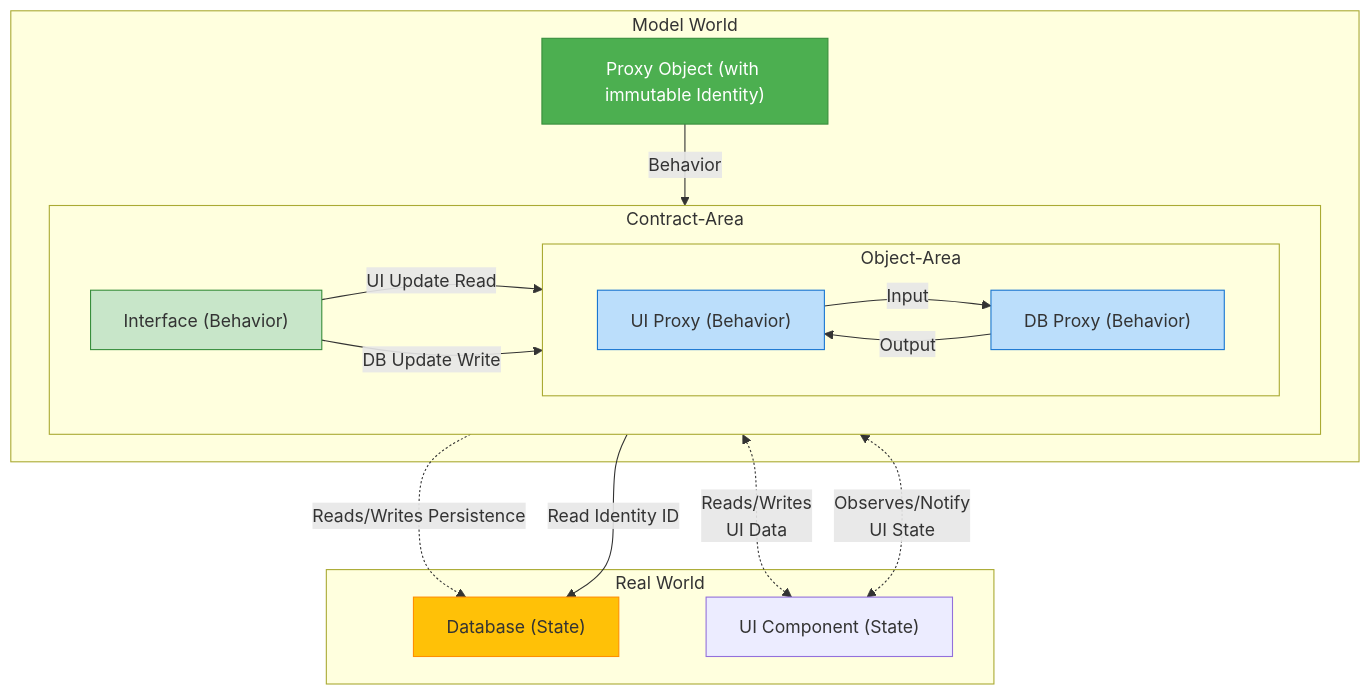
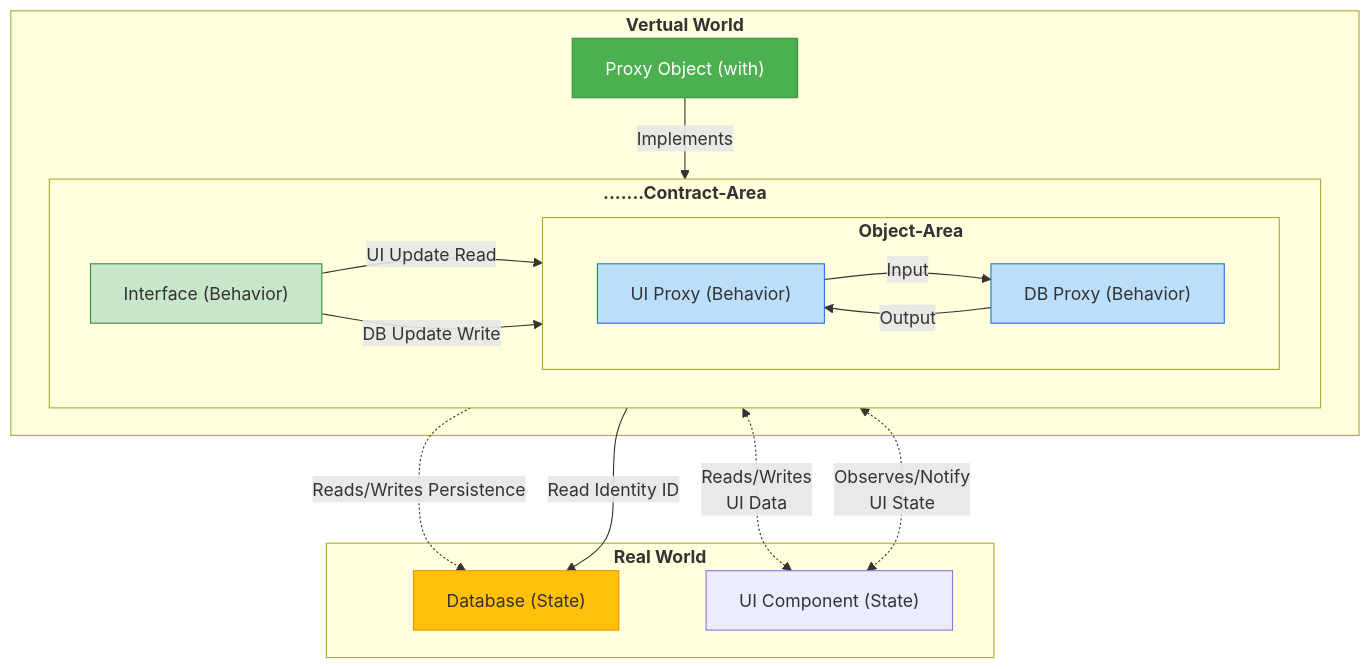
One commit to andreas-wagner-dev/object-oriented-learning-journey changed the diagram in blog/good_object_mechanics.md. Above: the diagram before and after it, drawn with Mermaid.

````diff
--- a/blog/good_object_mechanics.md
+++ b/blog/good_object_mechanics.md
@@ -353,55 +353,55 @@
 ```mermaid
 %% Diagram 3: Simplified Flow of Data Animation and Behavior Delegation
 graph TB
     %% 1. Immutable Domain Object 
-    subgraph Model World
+    subgraph "<b>Vertual World</b>"
 
-        A["Proxy Object (with immutable Identity)"]
+        A["Proxy Object (with)"]
         style A fill:#4CAF50,stroke:#388E3C,color:#fff
 
         %% 2. The Contract and Behavior Delegation
-        subgraph        Contract-Area
+        subgraph "<b>.......Contract-Area</b>"
         direction LR
             B["Interface (Behavior)"]
             style B fill:#C8E6C9,stroke:#388E3C
         
             %% 3. Technical Object Area (Real World Interface)
-            subgraph Object-Area
+            subgraph "<b>Object-Area</b>"
              direction LR
                 C["UI Proxy (Behavior)"]
                 D["DB Proxy (Behavior)"]
 
                 style C fill:#BBDEFB,stroke:#1976D2
                 style D fill:#BBDEFB,stroke:#1976D2
             
                 %% Internal interface communication.
             
             end
 
         end
 
     end
 
     %% 4. The Real Mutable Data Storage
-    subgraph Real World
+    subgraph "<b>Real World</b>"
         F["Database (State)"]
         style F fill:#FFC107,stroke:#FF8F00
 
         C <-.->|Reads/Writes<br/>UI Data| E["UI Component (State)"]
         C <-.->|Observes/Notify<br/>UI State| E
         D -.->|Reads/Writes Persistence| F
     end
     
     %% The Immutable Object holds the key and delegates all work to the interface.
 
-    A -- Behavior --> B
+    A -- Implements --> B
     D -- Read Identity ID --> F
 
     %% The Interface is implemented by the technical components.
 
     B -- UI Update Read --> C
     B -- DB Update Write --> D
 
    C -- Input --> D
    D -- Output --> C
 ```
````
